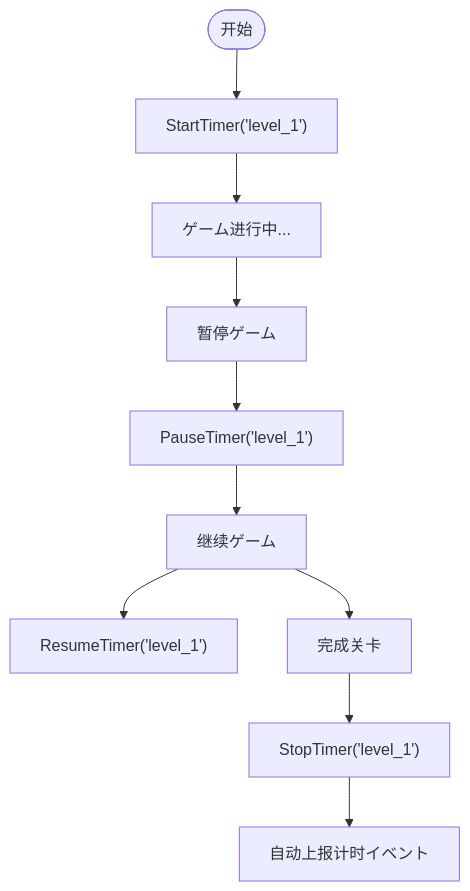
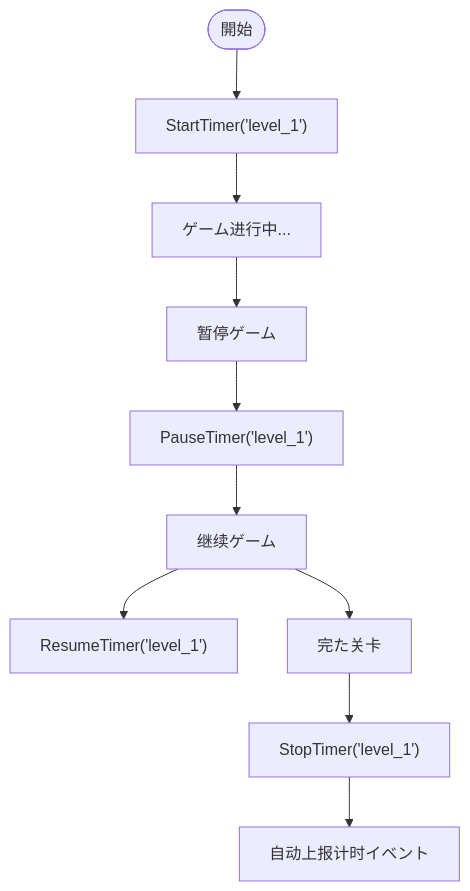
The third of 3 diagrams in docs/ja/client/unity/component/gameanalytics/01.overview.md (AlianBlank/GameFrameX.Docs), drawn with Mermaid before and after one commit. The commit also changed other lines of this file and 320 other files, not shown here.

````diff
--- a/docs/ja/client/unity/component/gameanalytics/01.overview.md
+++ b/docs/ja/client/unity/component/gameanalytics/01.overview.md
@@ -151,12 +151,12 @@
 ```mermaid
 flowchart TD
-    Start([开始]) --> StartTimer["StartTimer('level_1')"]
+    Start([開始]) --> StartTimer["StartTimer('level_1')"]
     StartTimer --> Playing["ゲーム进行中..."]
     Playing --> Pause["暂停ゲーム"]
     Pause --> PauseTimer["PauseTimer('level_1')"]
     PauseTimer --> Resume["继续ゲーム"]
     Resume --> ResumeTimer["ResumeTimer('level_1')"]
-    Resume --> Finish["完成关卡"]
+    Resume --> Finish["完た关卡"]
     Finish --> StopTimer["StopTimer('level_1')"]
     StopTimer --> Report[自动上报计时イベント]
 ```
````
